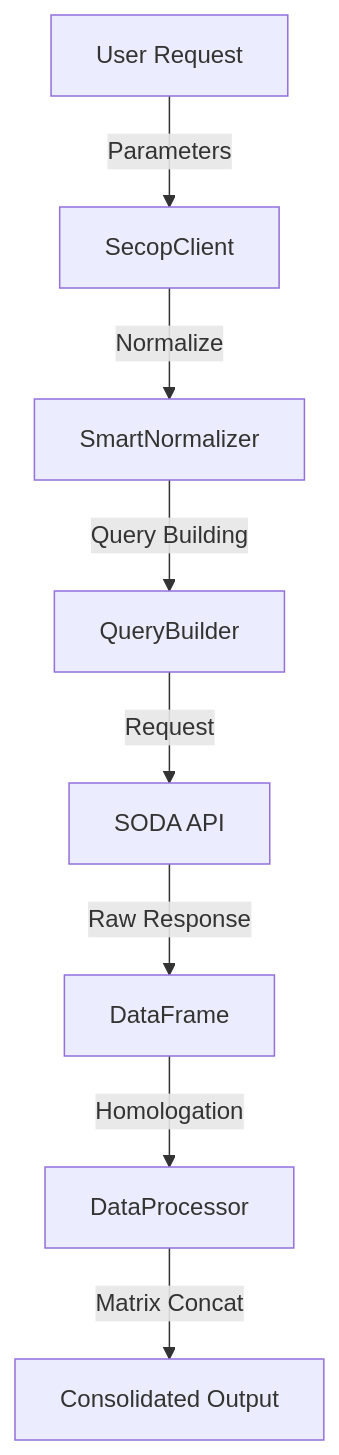
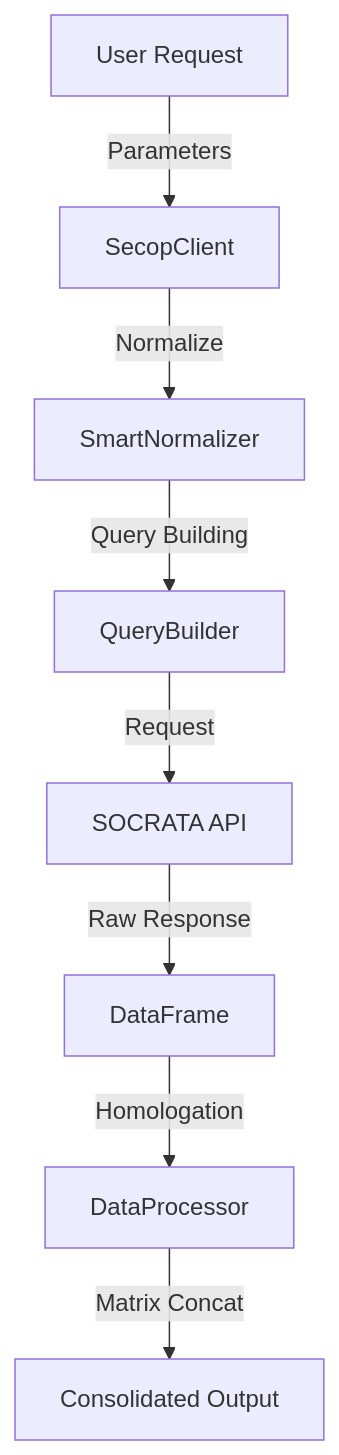
The diagram in docs/ARCHITECTURE.md (26-jorge-01/pysecop), drawn with Mermaid before and after one commit.

Commit message:
Update API reference from SODA to SOCRATA

````diff
--- a/docs/ARCHITECTURE.md
+++ b/docs/ARCHITECTURE.md
@@ -26,10 +26,10 @@
 ```mermaid
 graph TD
     A[User Request] -->|Parameters| B[SecopClient]
     B -->|Normalize| C[SmartNormalizer]
     C -->|Query Building| D[QueryBuilder]
-    D -->|Request| E[SODA API]
+    D -->|Request| E[SOCRATA API]
     E -->|Raw Response| F[DataFrame]
     F -->|Homologation| G[DataProcessor]
     G -->|Matrix Concat| H[Consolidated Output]
 ```
````
